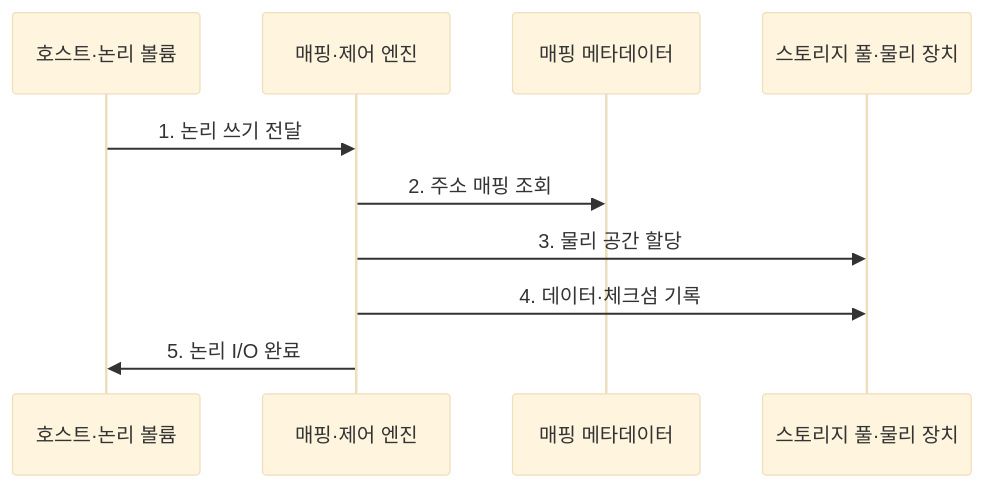
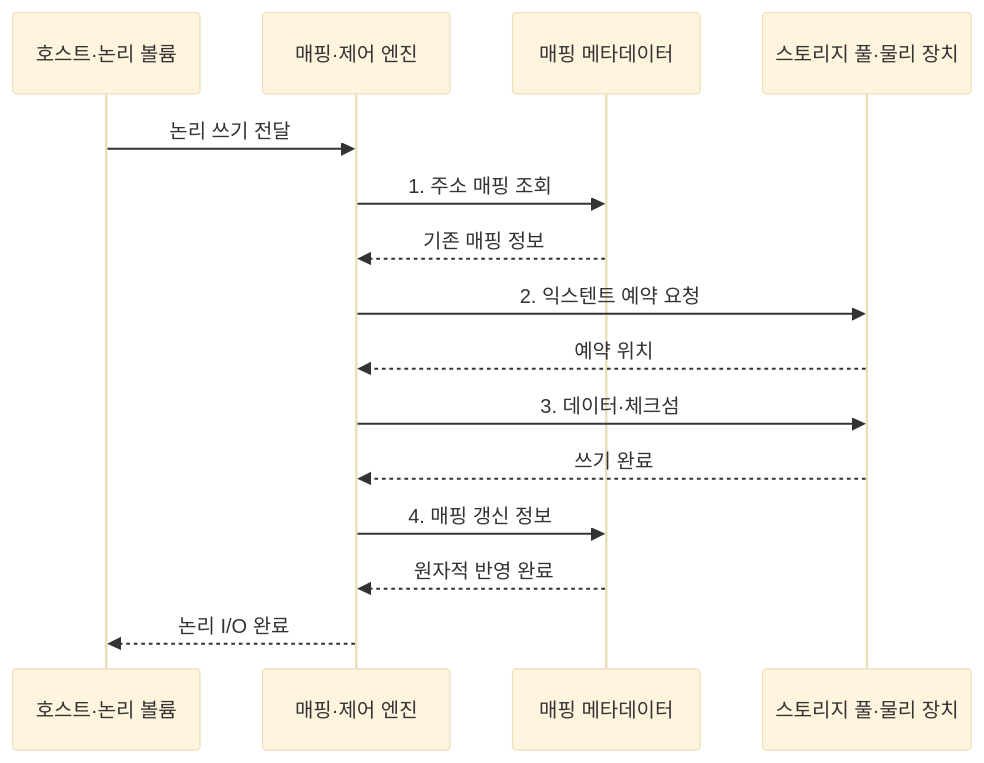
The second of 2 diagrams in src/content/docs/notes/02-hardware/081_storage_virtualization.md (agnusdei1207/knowledge-base), drawn with Mermaid (base theme) before and after one commit. The commit also changed other lines of this file and 14 other files, not shown here.

````diff
--- a/src/content/docs/notes/02-hardware/081_storage_virtualization.md
+++ b/src/content/docs/notes/02-hardware/081_storage_virtualization.md
@@ -89,13 +86,18 @@
 ```mermaid
 sequenceDiagram
     participant H as 호스트·논리 볼륨
     participant M as 매핑·제어 엔진
     participant T as 매핑 메타데이터
     participant P as 스토리지 풀·물리 장치
 
-    H->>M: 1. 논리 쓰기 전달
-    M->>T: 2. 주소 매핑 조회
-    M->>P: 3. 물리 공간 할당
-    M->>P: 4. 데이터·체크섬 기록
-    M->>H: 5. 논리 I/O 완료
+    H->>M: 논리 쓰기 전달
+    M->>T: 1. 주소 매핑 조회
+    T-->>M: 기존 매핑 정보
+    M->>P: 2. 익스텐트 예약 요청
+    P-->>M: 예약 위치
+    M->>P: 3. 데이터·체크섬
+    P-->>M: 쓰기 완료
+    M->>T: 4. 매핑 갱신 정보
+    T-->>M: 원자적 반영 완료
+    M-->>H: 논리 I/O 완료
 ```
````
